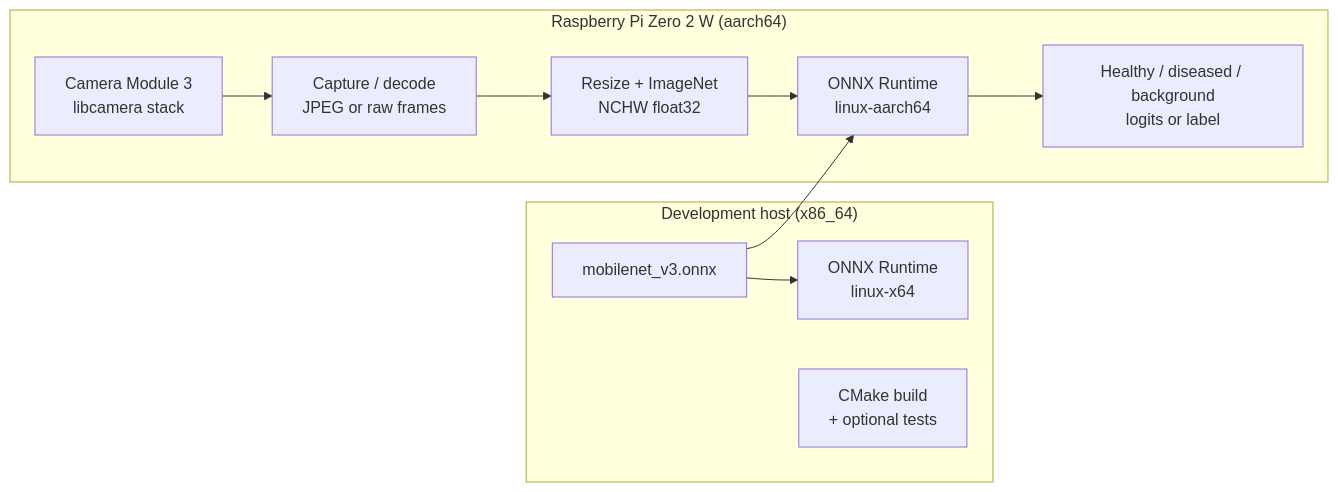
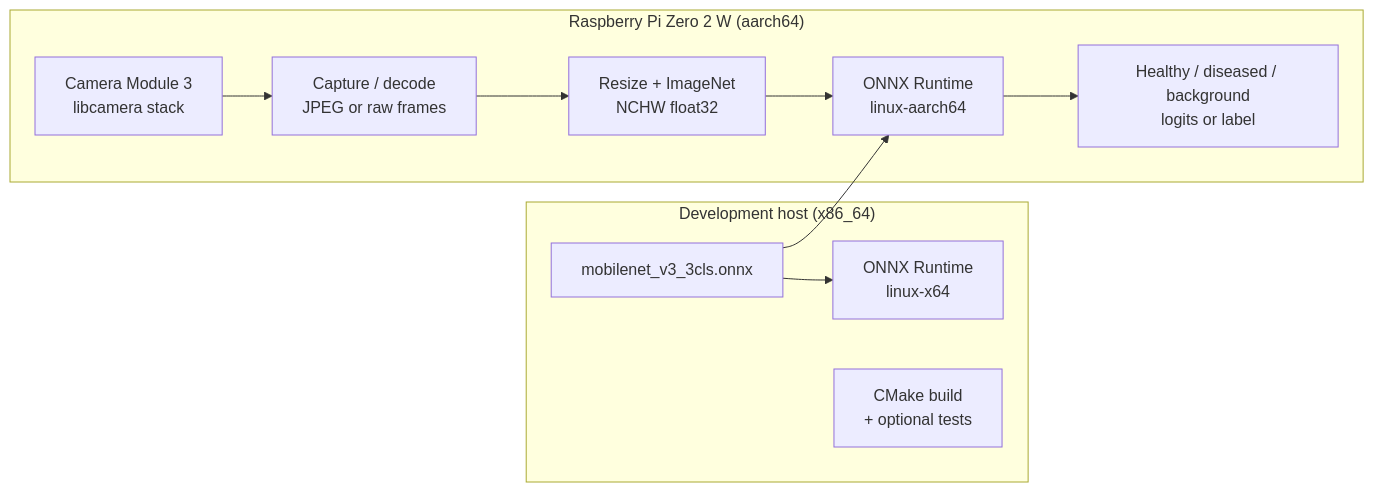
The diagram in cpp/README.md (Yusufss4/plant-health-classification), drawn with Mermaid before and after one commit. The commit also changed other lines of this file and 12 other files, not shown here.

````diff
--- a/cpp/README.md
+++ b/cpp/README.md
@@ -17,20 +17,20 @@
 ```mermaid
 flowchart LR
   subgraph dev["Development host (x86_64)"]
     ORT_x64["ONNX Runtime\nlinux-x64"]
     Build["CMake build\n+ optional tests"]
-    Model["mobilenet_v3.onnx"]
+    Model["mobilenet_v3_3cls.onnx"]
   end
 
   subgraph pi["Raspberry Pi Zero 2 W (aarch64)"]
     Cam["Camera Module 3\nlibcamera stack"]
     Cap["Capture / decode\nJPEG or raw frames"]
     Pre["Resize + ImageNet\nNCHW float32"]
     ORT_arm["ONNX Runtime\nlinux-aarch64"]
     Out["Healthy / diseased / background\nlogits or label"]
   end
 
   Model --> ORT_x64
   Model --> ORT_arm
   Cam --> Cap --> Pre --> ORT_arm --> Out
 ```
````
